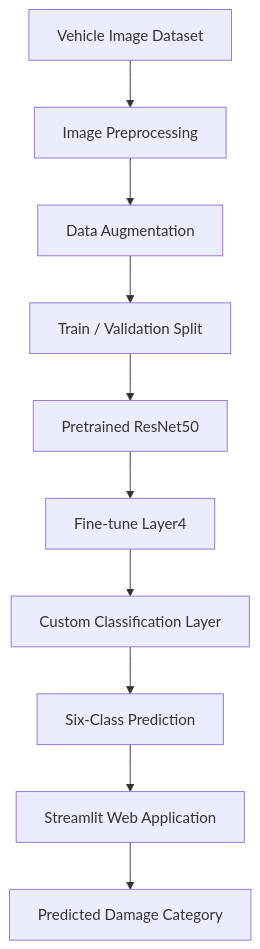
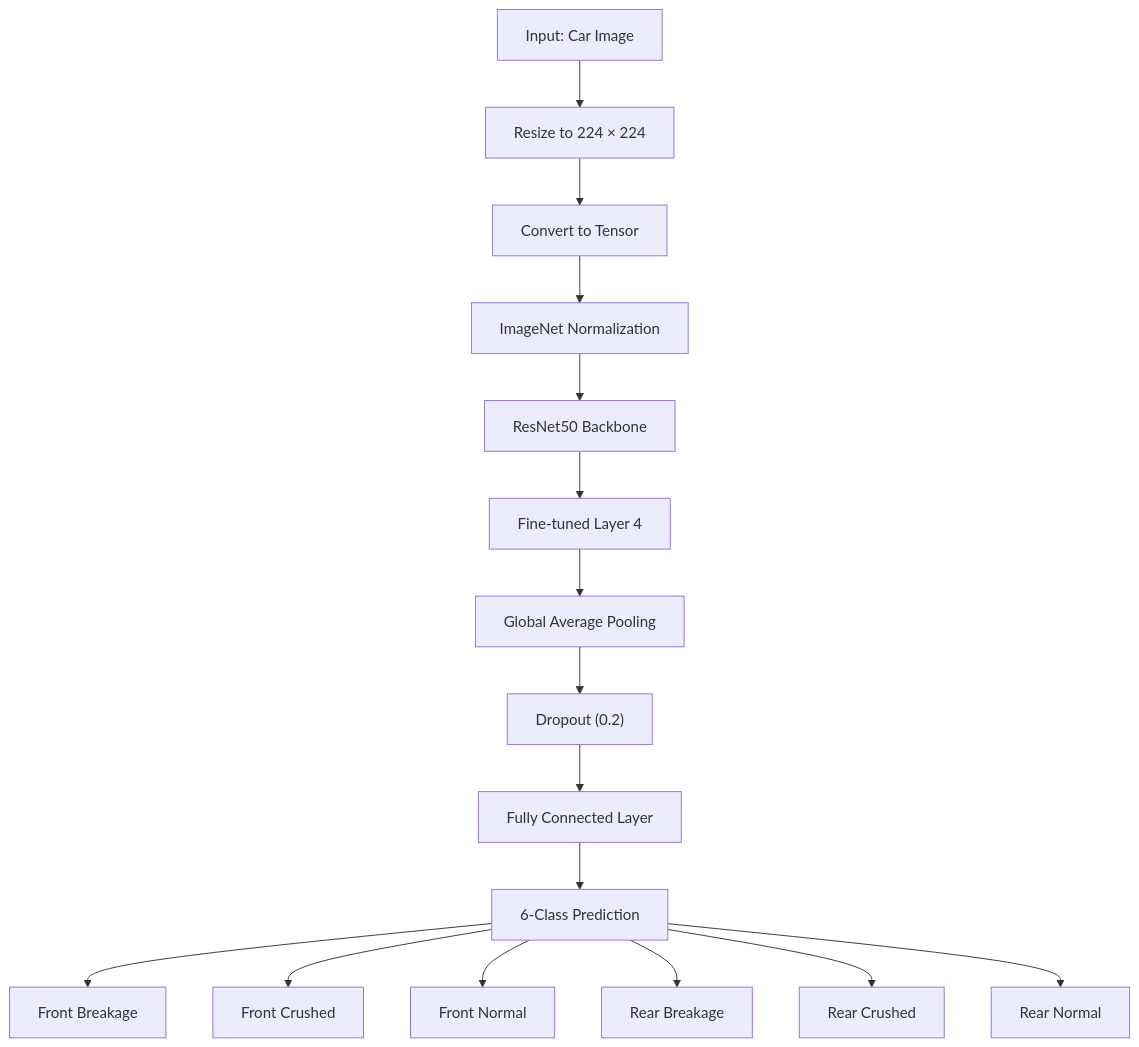
The diagram in README.md (rahulyadav1999/car-damage-detection), drawn with Mermaid before and after one commit.

Commit message:
Revise architecture diagram in README
Updated project architecture diagram to reflect new image processing steps and classification outputs.

````diff
--- a/README.md
+++ b/README.md
@@ -133,12 +133,21 @@
 ```mermaid
+
 flowchart TD
-    A[Vehicle Image Dataset] --> B[Image Preprocessing]
-    B --> C[Data Augmentation]
-    C --> D[Train / Validation Split]
-    D --> E[Pretrained ResNet50]
-    E --> F[Fine-tune Layer4]
-    F --> G[Custom Classification Layer]
-    G --> H[Six-Class Prediction]
-    H --> I[Streamlit Web Application]
-    I --> J[Predicted Damage Category]
+    A["Input: Car Image"] --> B["Resize to 224 × 224"]
+    B --> C["Convert to Tensor"]
+    C --> D["ImageNet Normalization"]
+    D --> E["ResNet50 Backbone"]
+    E --> F["Fine-tuned Layer 4"]
+    F --> G["Global Average Pooling"]
+    G --> H["Dropout (0.2)"]
+    H --> I["Fully Connected Layer"]
+    I --> J["6-Class Prediction"]
+
+    J --> K["Front Breakage"]
+    J --> L["Front Crushed"]
+    J --> M["Front Normal"]
+    J --> N["Rear Breakage"]
+    J --> O["Rear Crushed"]
+    J --> P["Rear Normal"]
+
 ```
````
